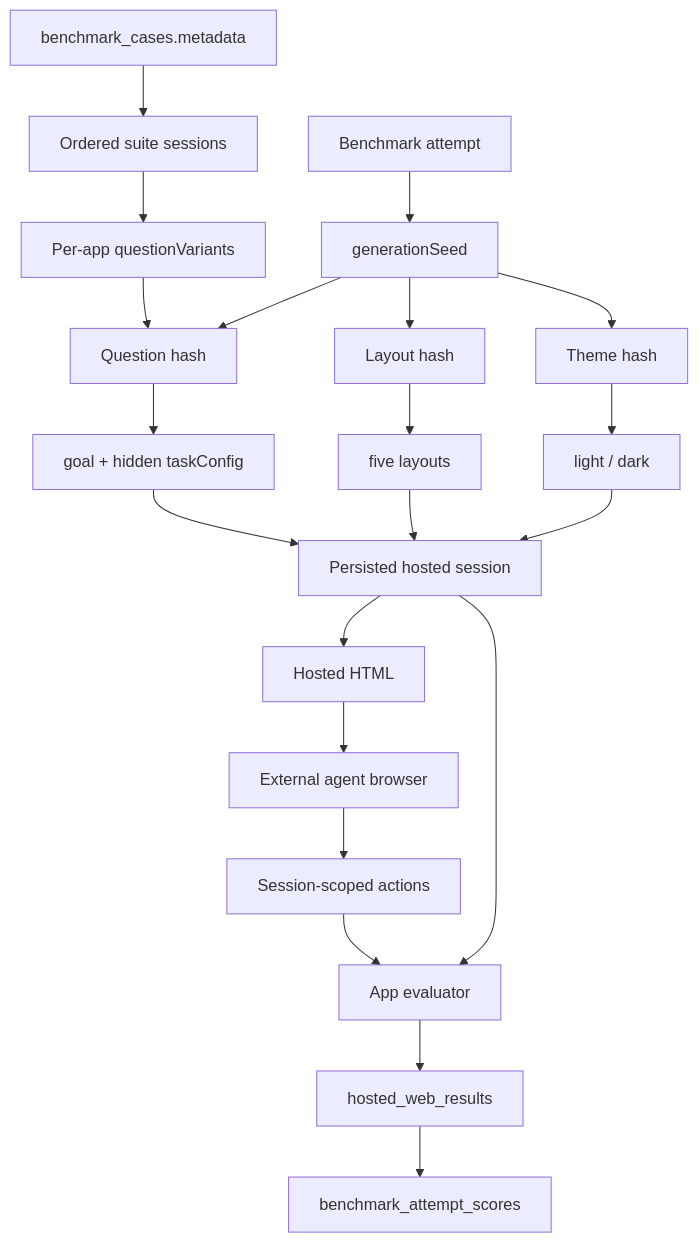
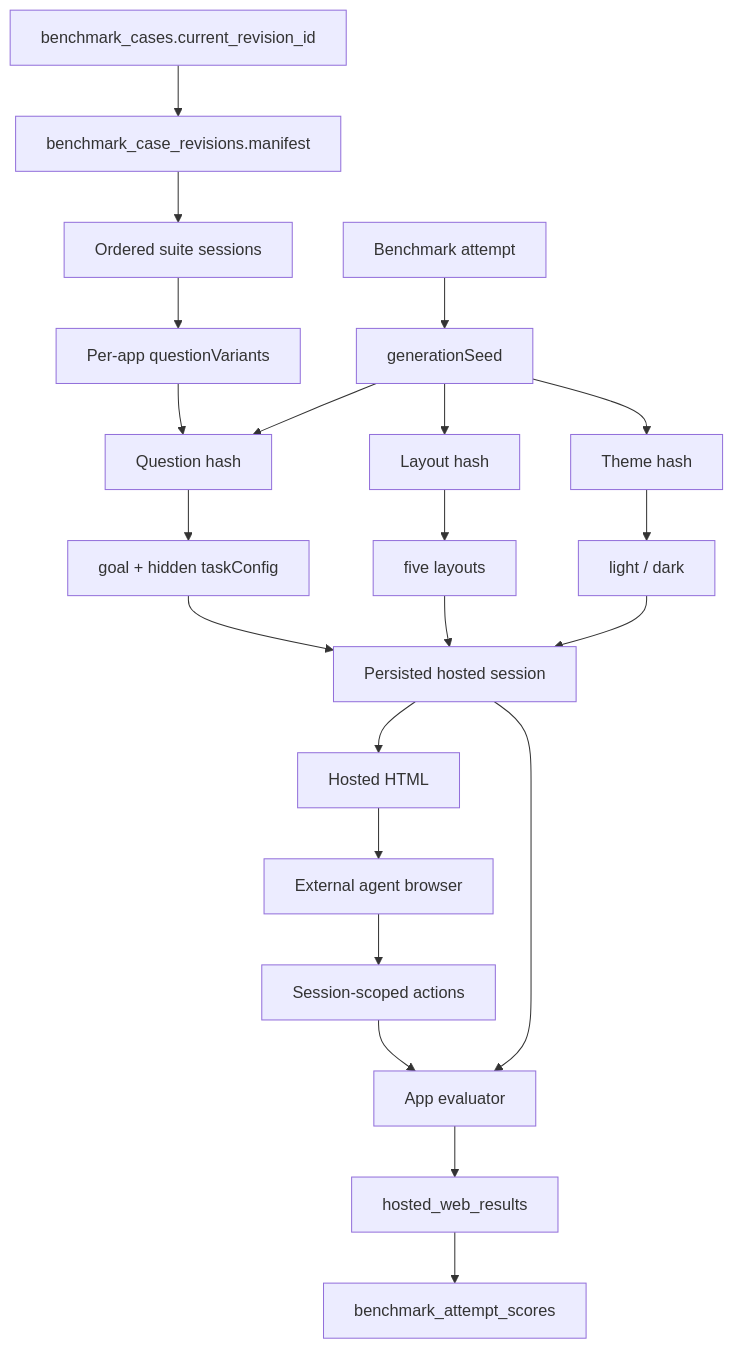
Before and after one commit to Kaiwen0418/agent-benchmark: the diagram in docs/hosted-site-app-authoring.md, drawn with Mermaid. The commit also changed other lines of this file and 20 other files, not shown here.

Commit message:
feat(benchmark): unify case revision model

````diff
--- a/docs/hosted-site-app-authoring.md
+++ b/docs/hosted-site-app-authoring.md
@@ -20,20 +20,21 @@
 ```mermaid
 flowchart TD
-  Case["benchmark_cases.metadata"] --> Suite["Ordered suite sessions"]
+  Case["benchmark_cases.current_revision_id"] --> Revision["benchmark_case_revisions.manifest"]
+  Revision --> Suite["Ordered suite sessions"]
   Suite --> Pool["Per-app questionVariants"]
   Attempt["Benchmark attempt"] --> Seed["generationSeed"]
   Seed --> QuestionHash["Question hash"]
   Seed --> LayoutHash["Layout hash"]
   Seed --> ThemeHash["Theme hash"]
   Pool --> QuestionHash --> Variant["goal + hidden taskConfig"]
   LayoutHash --> Layout["five layouts"]
   ThemeHash --> Theme["light / dark"]
   Variant --> Session["Persisted hosted session"]
   Layout --> Session
   Theme --> Session
   Session --> Render["Hosted HTML"]
   Session --> Evaluate["App evaluator"]
   Render --> Agent["External agent browser"]
   Agent --> Actions["Session-scoped actions"] --> Evaluate
   Evaluate --> Result["hosted_web_results"] --> Aggregate["benchmark_attempt_scores"]
 ```
````
